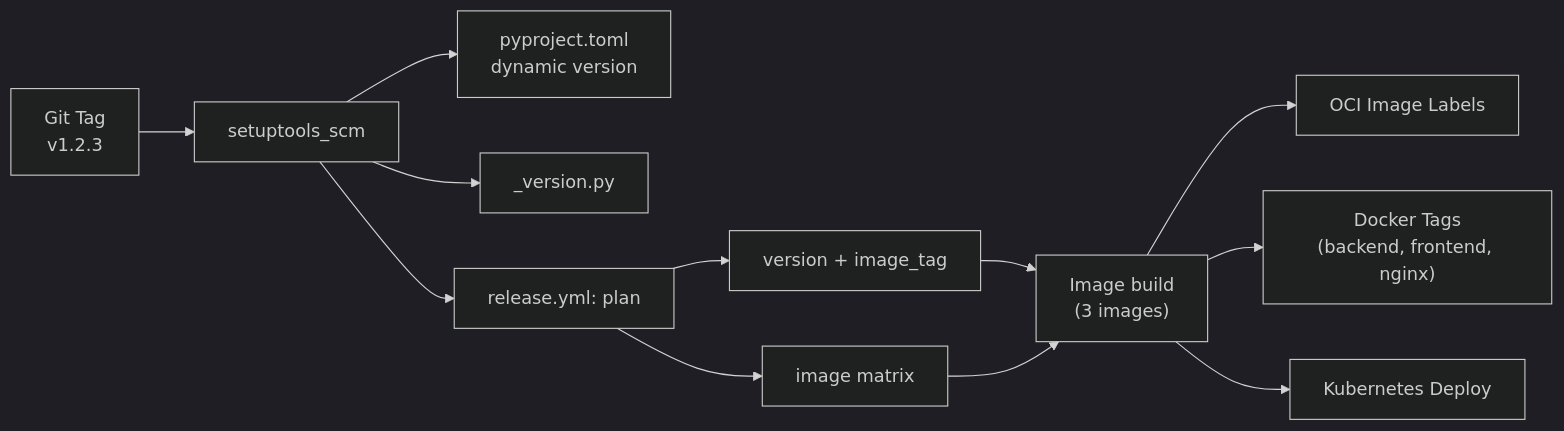
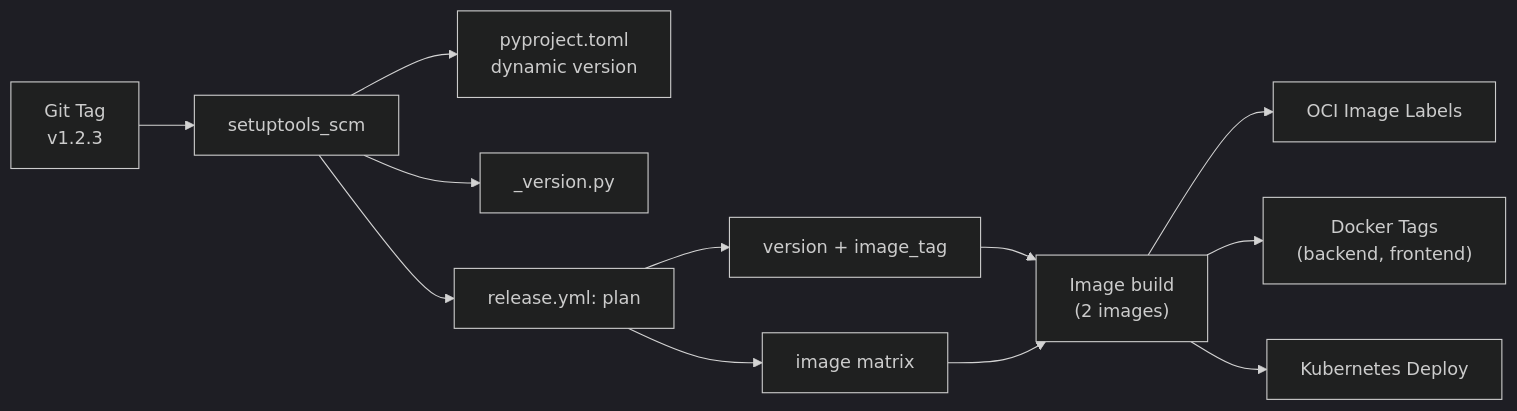
One commit to berserkhmdvhb/fullstack_template changed the second of 2 diagrams in wiki/versioning.md. Above: the diagram before and after it, drawn with Mermaid (dark theme). The commit also changed other lines of this file and 24 other files, not shown here.

Commit message:
docs: describe the two-image architecture; the Next.js server serves its own assets

````diff
--- a/wiki/versioning.md
+++ b/wiki/versioning.md
@@ -182,14 +182,14 @@
 ```mermaid
 flowchart LR
     Git["Git Tag<br/>v1.2.3"] --> SCM["setuptools_scm"]
     SCM --> PyProject["pyproject.toml<br/>dynamic version"]
     SCM --> VersionFile["_version.py"]
     SCM --> CI["release.yml: plan"]
     CI --> BuildEnv["version + image_tag"]
-    BuildEnv --> BuildKit["Image build<br/>(3 images)"]
+    BuildEnv --> BuildKit["Image build<br/>(2 images)"]
     BuildKit --> Labels["OCI Image Labels"]
-    BuildKit --> Tags["Docker Tags<br/>(backend, frontend, nginx)"]
+    BuildKit --> Tags["Docker Tags<br/>(backend, frontend)"]
     BuildKit --> K8s["Kubernetes Deploy"]
     CI --> ImagePlan["image matrix"]
     ImagePlan --> BuildKit
 ```
````
